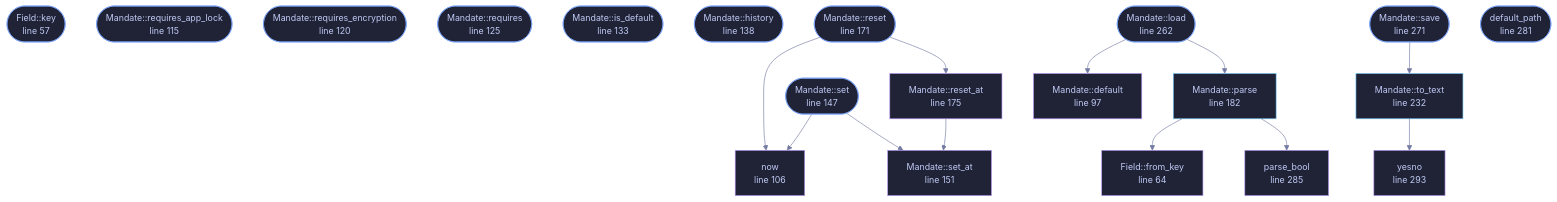
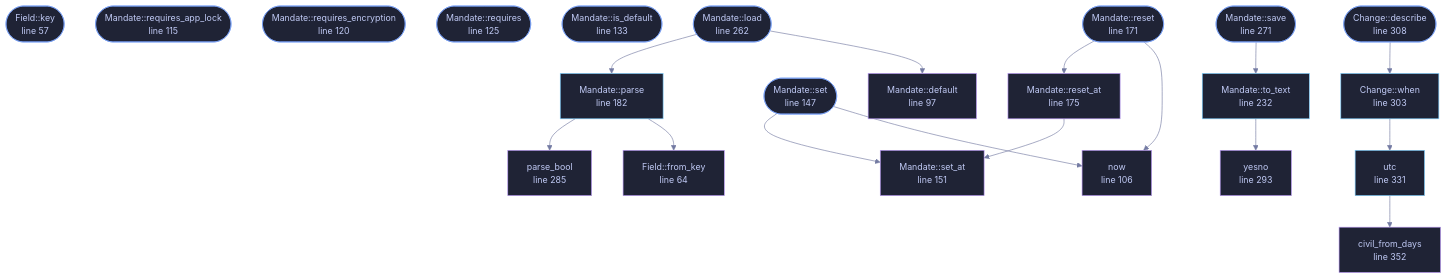
One commit to tilas01/veilvoice changed the diagram in docs/files/veilvoice-policy/mandate.md. Above: the diagram before and after it, drawn with Mermaid. The commit also changed other lines of this file and 98 other files, not shown here.

````diff
--- a/docs/files/veilvoice-policy/mandate.md
+++ b/docs/files/veilvoice-policy/mandate.md
@@ -109,61 +114,68 @@
 ```mermaid
 %%{init: {"theme":"base","themeVariables":{"background":"#1a1b26","primaryColor":"#1f2335","primaryTextColor":"#c0caf5","primaryBorderColor":"#7aa2f7","secondaryColor":"#16161e","tertiaryColor":"#16161e","lineColor":"#737aa2","textColor":"#c0caf5","mainBkg":"#1f2335","nodeBorder":"#7aa2f7","clusterBkg":"#16161e","clusterBorder":"#2f3549","fontFamily":"ui-monospace, SFMono-Regular, Consolas, monospace","fontSize":"14px"}}}%%
 flowchart TD
     n_key(["Field::key<br/>line 57"])
     n_from_key["Field::from_key<br/>line 64"]
     n_default["Mandate::default<br/>line 97"]
     n_now["now<br/>line 106"]
     n_requires_app_lock(["Mandate::requires_app_lock<br/>line 115"])
     n_requires_encryption(["Mandate::requires_encryption<br/>line 120"])
     n_requires(["Mandate::requires<br/>line 125"])
     n_is_default(["Mandate::is_default<br/>line 133"])
-    n_history(["Mandate::history<br/>line 138"])
     n_set(["Mandate::set<br/>line 147"])
     n_set_at["Mandate::set_at<br/>line 151"]
     n_reset(["Mandate::reset<br/>line 171"])
     n_reset_at["Mandate::reset_at<br/>line 175"]
     n_parse["Mandate::parse<br/>line 182"]
     n_to_text["Mandate::to_text<br/>line 232"]
     n_load(["Mandate::load<br/>line 262"])
     n_save(["Mandate::save<br/>line 271"])
-    n_default_path(["default_path<br/>line 281"])
     n_parse_bool["parse_bool<br/>line 285"]
     n_yesno["yesno<br/>line 293"]
+    n_when["Change::when<br/>line 303"]
+    n_describe(["Change::describe<br/>line 308"])
+    n_utc["utc<br/>line 331"]
+    n_civil_from_days["civil_from_days<br/>line 352"]
+    n_describe --> n_when
     n_load --> n_default
     n_load --> n_parse
     n_parse --> n_from_key
     n_parse --> n_parse_bool
     n_reset --> n_now
     n_reset --> n_reset_at
     n_reset_at --> n_set_at
     n_save --> n_to_text
     n_set --> n_now
     n_set --> n_set_at
     n_to_text --> n_yesno
+    n_utc --> n_civil_from_days
+    n_when --> n_utc
     click n_key href "https://github.com/tilas01/veilvoice/blob/main/crates/veilvoice-policy/src/mandate.rs#L57" "open the source"
     click n_from_key href "https://github.com/tilas01/veilvoice/blob/main/crates/veilvoice-policy/src/mandate.rs#L64" "open the source"
     click n_default href "https://github.com/tilas01/veilvoice/blob/main/crates/veilvoice-policy/src/mandate.rs#L97" "open the source"
     click n_now href "https://github.com/tilas01/veilvoice/blob/main/crates/veilvoice-policy/src/mandate.rs#L106" "open the source"
     click n_requires_app_lock href "https://github.com/tilas01/veilvoice/blob/main/crates/veilvoice-policy/src/mandate.rs#L115" "open the source"
     click n_requires_encryption href "https://github.com/tilas01/veilvoice/blob/main/crates/veilvoice-policy/src/mandate.rs#L120" "open the source"
     click n_requires href "https://github.com/tilas01/veilvoice/blob/main/crates/veilvoice-policy/src/mandate.rs#L125" "open the source"
     click n_is_default href "https://github.com/tilas01/veilvoice/blob/main/crates/veilvoice-policy/src/mandate.rs#L133" "open the source"
-    click n_history href "https://github.com/tilas01/veilvoice/blob/main/crates/veilvoice-policy/src/mandate.rs#L138" "open the source"
     click n_set href "https://github.com/tilas01/veilvoice/blob/main/crates/veilvoice-policy/src/mandate.rs#L147" "open the source"
     click n_set_at href "https://github.com/tilas01/veilvoice/blob/main/crates/veilvoice-policy/src/mandate.rs#L151" "open the source"
     click n_reset href "https://github.com/tilas01/veilvoice/blob/main/crates/veilvoice-policy/src/mandate.rs#L171" "open the source"
     click n_reset_at href "https://github.com/tilas01/veilvoice/blob/main/crates/veilvoice-policy/src/mandate.rs#L175" "open the source"
     click n_parse href "https://github.com/tilas01/veilvoice/blob/main/crates/veilvoice-policy/src/mandate.rs#L182" "open the source"
     click n_to_text href "https://github.com/tilas01/veilvoice/blob/main/crates/veilvoice-policy/src/mandate.rs#L232" "open the source"
     click n_load href "https://github.com/tilas01/veilvoice/blob/main/crates/veilvoice-policy/src/mandate.rs#L262" "open the source"
     click n_save href "https://github.com/tilas01/veilvoice/blob/main/crates/veilvoice-policy/src/mandate.rs#L271" "open the source"
-    click n_default_path href "https://github.com/tilas01/veilvoice/blob/main/crates/veilvoice-policy/src/mandate.rs#L281" "open the source"
     click n_parse_bool href "https://github.com/tilas01/veilvoice/blob/main/crates/veilvoice-policy/src/mandate.rs#L285" "open the source"
     click n_yesno href "https://github.com/tilas01/veilvoice/blob/main/crates/veilvoice-policy/src/mandate.rs#L293" "open the source"
+    click n_when href "https://github.com/tilas01/veilvoice/blob/main/crates/veilvoice-policy/src/mandate.rs#L303" "open the source"
+    click n_describe href "https://github.com/tilas01/veilvoice/blob/main/crates/veilvoice-policy/src/mandate.rs#L308" "open the source"
+    click n_utc href "https://github.com/tilas01/veilvoice/blob/main/crates/veilvoice-policy/src/mandate.rs#L331" "open the source"
+    click n_civil_from_days href "https://github.com/tilas01/veilvoice/blob/main/crates/veilvoice-policy/src/mandate.rs#L352" "open the source"
     classDef entry fill:#1f2335,stroke:#7aa2f7,color:#c0caf5
-    class n_key,n_requires_app_lock,n_requires_encryption,n_requires,n_is_default,n_history,n_set,n_reset,n_load,n_save,n_default_path entry
+    class n_key,n_requires_app_lock,n_requires_encryption,n_requires,n_is_default,n_set,n_reset,n_load,n_save,n_describe entry
     classDef api fill:#1f2335,stroke:#7dcfff,color:#c0caf5
-    class n_parse,n_to_text api
+    class n_parse,n_to_text,n_when,n_utc api
     classDef helper fill:#1f2335,stroke:#bb9af7,color:#c0caf5
-    class n_from_key,n_default,n_now,n_set_at,n_reset_at,n_parse_bool,n_yesno helper
+    class n_from_key,n_default,n_now,n_set_at,n_reset_at,n_parse_bool,n_yesno,n_civil_from_days helper
 ```
````
